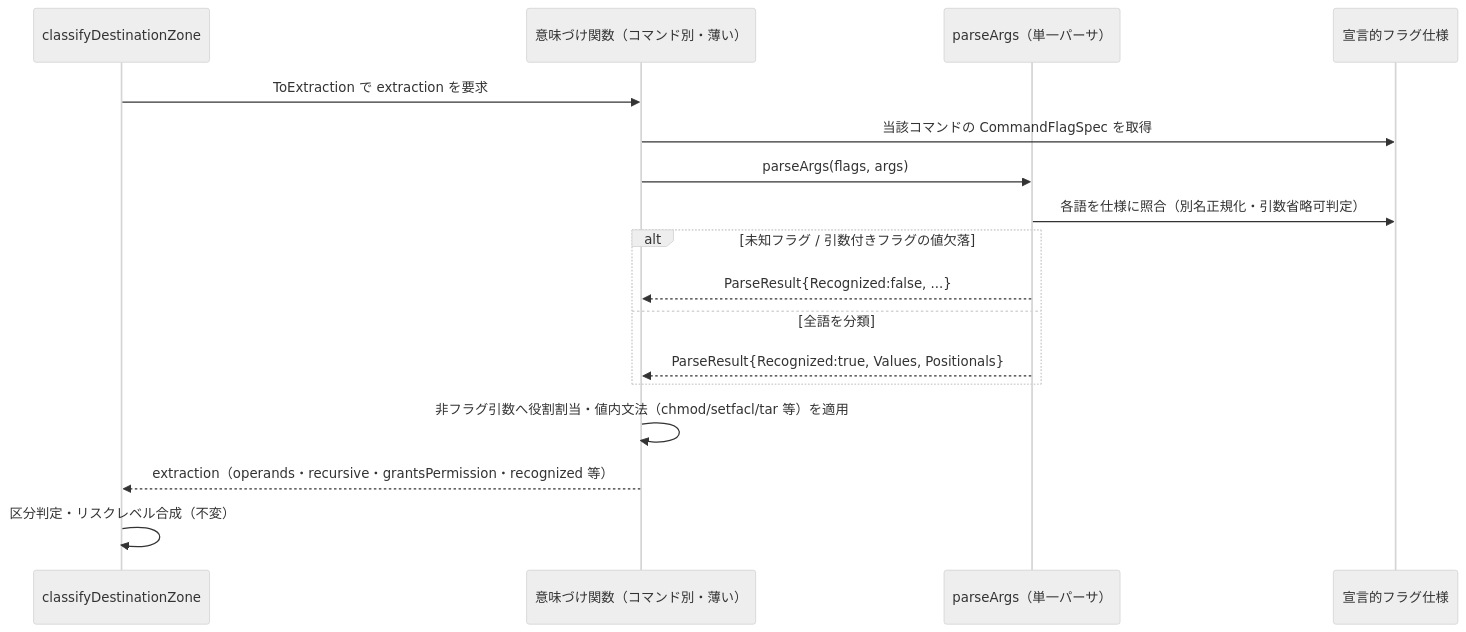
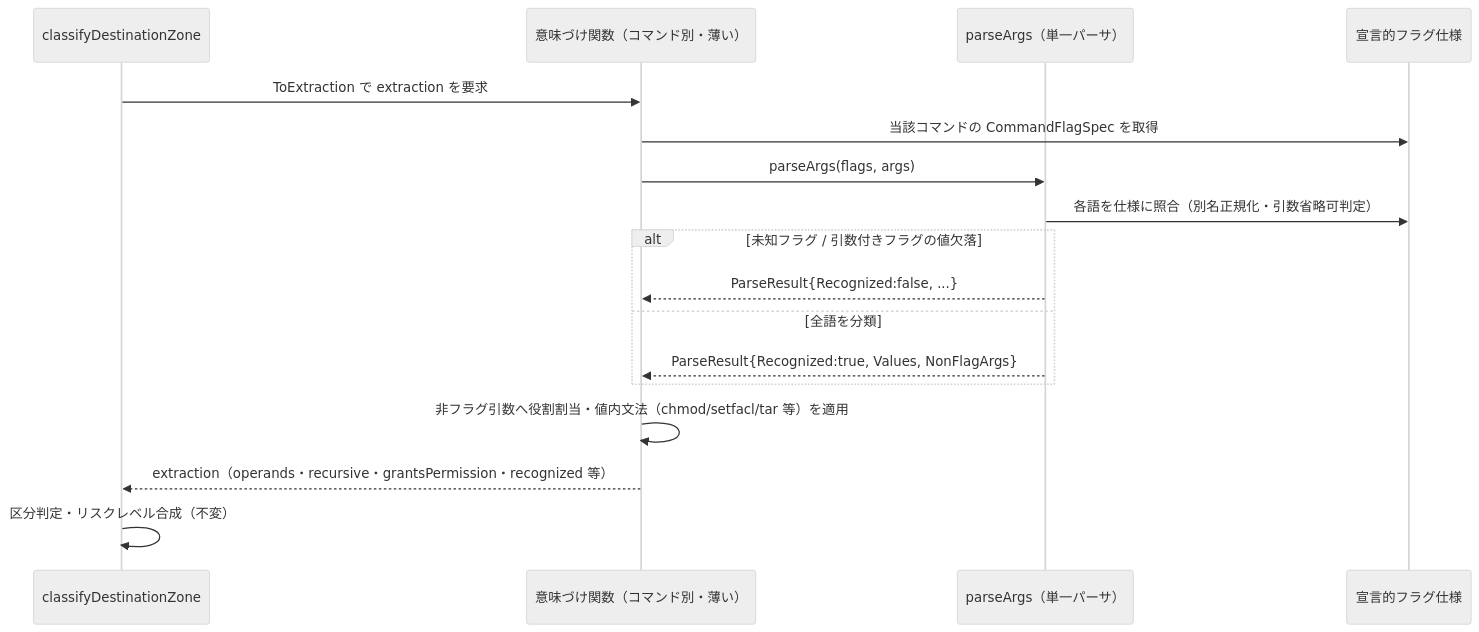
One commit to isseis/go-safe-cmd-runner changed the third of 6 diagrams in docs/tasks/0144_declarative_operand_extraction/02_architecture.md. Above: the diagram before and after it, drawn with Mermaid (neutral theme). The commit also changed other lines of this file, not shown here.

First line of the commit message:
docs(0144): bool-flag ValueRole check, presence helper, NonFlagArgs rename

````diff
--- a/docs/tasks/0144_declarative_operand_extraction/02_architecture.md
+++ b/docs/tasks/0144_declarative_operand_extraction/02_architecture.md
@@ -127,20 +127,20 @@
 ```mermaid
 sequenceDiagram
     participant C as classifyDestinationZone
     participant S as 意味づけ関数（コマンド別・薄い）
     participant P as parseArgs（単一パーサ）
     participant F as 宣言的フラグ仕様
 
     C->>S: ToExtraction で extraction を要求
     S->>F: 当該コマンドの CommandFlagSpec を取得
     S->>P: parseArgs(flags, args)
     P->>F: 各語を仕様に照合（別名正規化・引数省略可判定）
     alt 未知フラグ / 引数付きフラグの値欠落
         P-->>S: ParseResult{Recognized:false, ...}
     else 全語を分類
-        P-->>S: ParseResult{Recognized:true, Values, Positionals}
+        P-->>S: ParseResult{Recognized:true, Values, NonFlagArgs}
     end
     S->>S: 非フラグ引数へ役割割当・値内文法（chmod/setfacl/tar 等）を適用
     S-->>C: extraction（operands・recursive・grantsPermission・recognized 等）
     C->>C: 区分判定・リスクレベル合成（不変）
 ```
````
